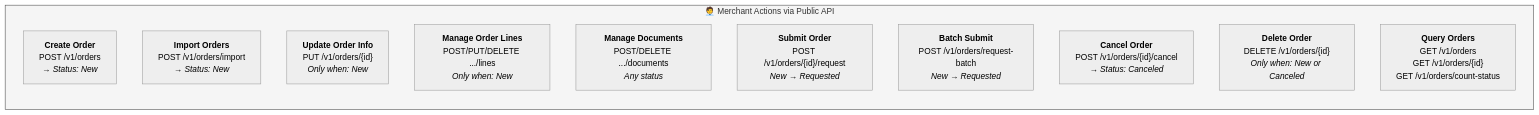
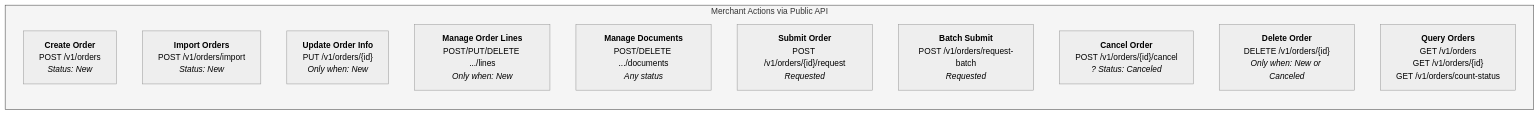
The second of 4 diagrams in Order-WorkFlow-2.md (quanghieu93/mermaid-test), drawn with Mermaid (neutral theme) before and after one commit. The commit also changed other lines of this file, not shown here.

Commit message:
Refactor order workflow documentation

````diff
--- a/Order-WorkFlow-2.md
+++ b/Order-WorkFlow-2.md
@@ -209,18 +138,18 @@
 ```mermaid
 flowchart TD
-    subgraph MerchantActions["🧑‍💼 Merchant Actions via Public API"]
+    subgraph MerchantActions[" Merchant Actions via Public API"]
         direction TB
-        A1["<b>Create Order</b><br>POST /v1/orders<br><i>→ Status: New</i>"]
-        A2["<b>Import Orders</b><br>POST /v1/orders/import<br><i>→ Status: New</i>"]
+        A1["<b>Create Order</b><br>POST /v1/orders<br><i> Status: New</i>"]
+        A2["<b>Import Orders</b><br>POST /v1/orders/import<br><i> Status: New</i>"]
         A3["<b>Update Order Info</b><br>PUT /v1/orders/{id}<br><i>Only when: New</i>"]
         A4["<b>Manage Order Lines</b><br>POST/PUT/DELETE .../lines<br><i>Only when: New</i>"]
         A5["<b>Manage Documents</b><br>POST/DELETE .../documents<br><i>Any status</i>"]
-        A6["<b>Submit Order</b><br>POST /v1/orders/{id}/request<br><i>New → Requested</i>"]
-        A7["<b>Batch Submit</b><br>POST /v1/orders/request-batch<br><i>New → Requested</i>"]
-        A8["<b>Cancel Order</b><br>POST /v1/orders/{id}/cancel<br><i>→ Status: Canceled</i>"]
+        A6["<b>Submit Order</b><br>POST /v1/orders/{id}/request<br><i>Requested</i>"]
+        A7["<b>Batch Submit</b><br>POST /v1/orders/request-batch<br><i>Requested</i>"]
+        A8["<b>Cancel Order</b><br>POST /v1/orders/{id}/cancel<br><i>? Status: Canceled</i>"]
         A9["<b>Delete Order</b><br>DELETE /v1/orders/{id}<br><i>Only when: New or Canceled</i>"]
         A10["<b>Query Orders</b><br>GET /v1/orders<br>GET /v1/orders/{id}<br>GET /v1/orders/count-status"]
     end
 
     style MerchantActions fill:#f5f5f5,stroke:#424242
 ```
````
